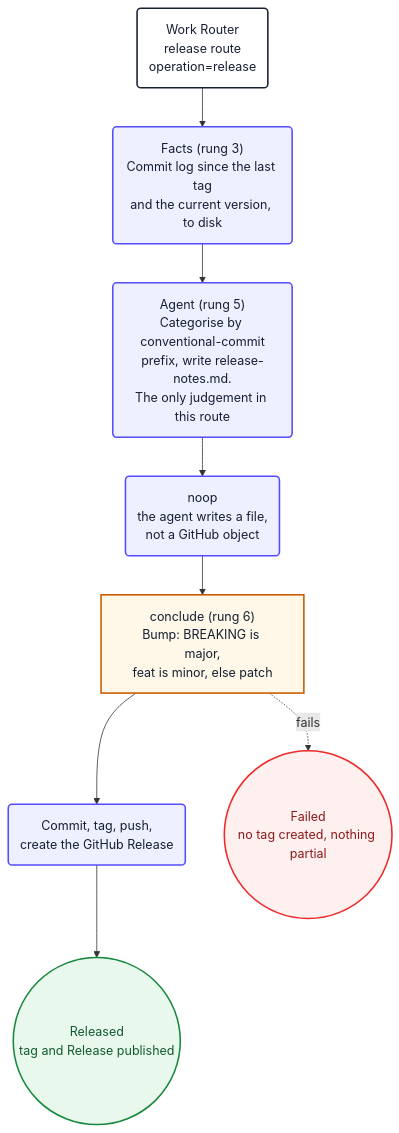
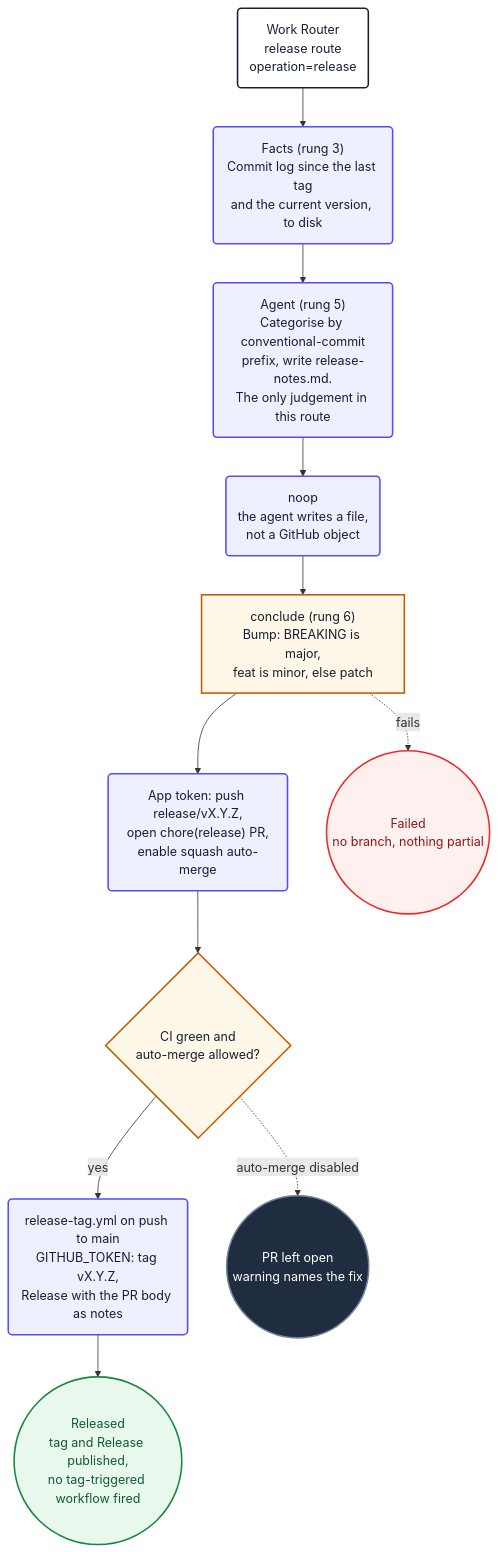
One commit to PlainConceptsPlatform/agentic-workflows changed the ninth of 13 diagrams in loops/docs/diagrams.md. Above: the diagram before and after it, drawn with Mermaid. The commit also changed other lines of this file and 12 other files, not shown here.

First line of the commit message:
feat(release): open a release pull request instead of pushing to main

````diff
--- a/loops/docs/diagrams.md
+++ b/loops/docs/diagrams.md
@@ -417,23 +418,30 @@
 ```mermaid
 flowchart TD
     relStart("Work Router<br/>release route<br/>operation=release") --> relFacts
     relFacts("Facts (rung 3)<br/>Commit log since the last tag<br/>and the current version, to disk") --> relAgent
     relAgent("Agent (rung 5)<br/>Categorise by conventional-commit<br/>prefix, write release-notes.md.<br/>The only judgement in this route") --> relNoop
     relNoop("noop<br/>the agent writes a file,<br/>not a GitHub object") --> relConclude
-    relConclude["conclude (rung 6)<br/>Bump: BREAKING is major,<br/>feat is minor, else patch"] --> relPush
-    relPush("Commit, tag, push,<br/>create the GitHub Release") --> relDone
+    relConclude["conclude (rung 6)<br/>Bump: BREAKING is major,<br/>feat is minor, else patch"] --> relPr
+    relPr("App token: push release/vX.Y.Z,<br/>open chore(release) PR,<br/>enable squash auto-merge") --> relMerge
+    relMerge{"CI green and<br/>auto-merge allowed?"}
+    relMerge -->|yes| relTag
+    relMerge -.->|auto-merge disabled| relOpen
+    relTag("release-tag.yml on push to main<br/>GITHUB_TOKEN: tag vX.Y.Z,<br/>Release with the PR body as notes") --> relDone
     relConclude -.->|fails| relFail
-    relDone(("Released<br/>tag and Release published"))
-    relFail(("Failed<br/>no tag created, nothing partial"))
+    relOpen(("PR left open<br/>warning names the fix"))
+    relDone(("Released<br/>tag and Release published,<br/>no tag-triggered workflow fired"))
+    relFail(("Failed<br/>no branch, nothing partial"))
 
     classDef start fill:#ffffff,stroke:#172033,stroke-width:2px,color:#172033
     classDef action fill:#eef0ff,stroke:#554cff,stroke-width:2px,color:#172033
     classDef decision fill:#fff8e8,stroke:#c75b00,stroke-width:2px,color:#172033
+    classDef idle fill:#202c40,stroke:#738198,stroke-width:2px,color:#ffffff
     classDef failure fill:#fff0f0,stroke:#ef2929,stroke-width:2px,color:#8b1a1a
     classDef success fill:#e8f8ec,stroke:#18883c,stroke-width:2px,color:#145a32
     class relStart start
-    class relFacts,relAgent,relNoop,relPush action
-    class relConclude decision
+    class relFacts,relAgent,relNoop,relPr,relTag action
+    class relConclude,relMerge decision
     class relFail failure
+    class relOpen idle
     class relDone success
 ```
````
